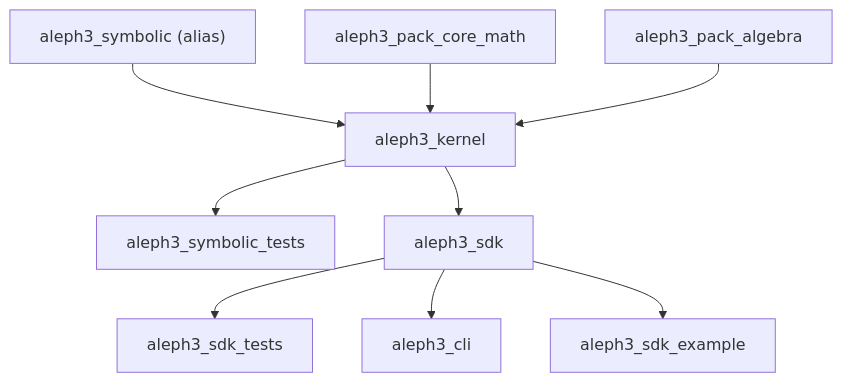
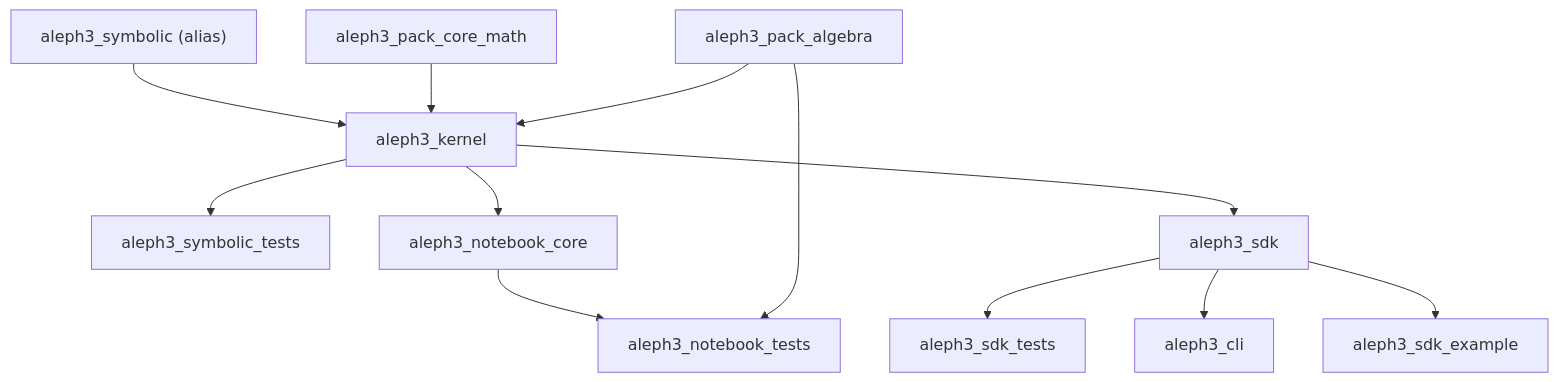
One commit to sergiorf/aleph3 changed the diagram in docs/sdk/build_and_targets.md. Above: the diagram before and after it, drawn with Mermaid. The commit also changed other lines of this file and 7 other files, not shown here.

Commit message:
Headless Notebook Core

````diff
--- a/docs/sdk/build_and_targets.md
+++ b/docs/sdk/build_and_targets.md
@@ -48,11 +50,14 @@
 ```mermaid
 flowchart TD
     Kernel["aleph3_kernel"] --> SymbolicTests["aleph3_symbolic_tests"]
     Symbolic["aleph3_symbolic (alias)"] --> Kernel
     CoreMath["aleph3_pack_core_math"] --> Kernel
     Algebra["aleph3_pack_algebra"] --> Kernel
+    Kernel --> NotebookCore["aleph3_notebook_core"]
+    NotebookCore --> NotebookTests["aleph3_notebook_tests"]
+    Algebra --> NotebookTests
     Kernel --> Sdk["aleph3_sdk"]
     Sdk --> SdkTests["aleph3_sdk_tests"]
     Sdk --> Cli["aleph3_cli"]
     Sdk --> Example["aleph3_sdk_example"]
 ```
````
